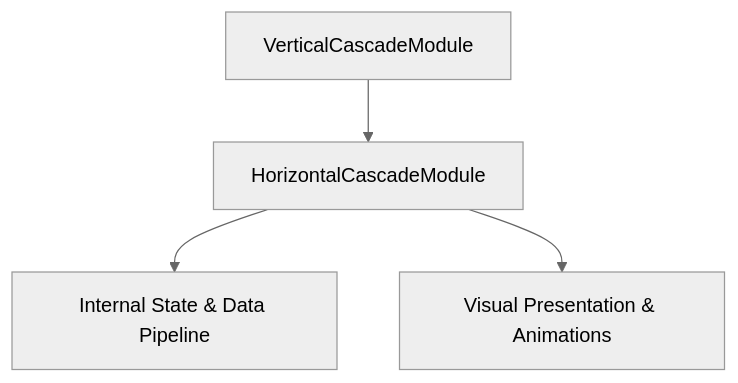
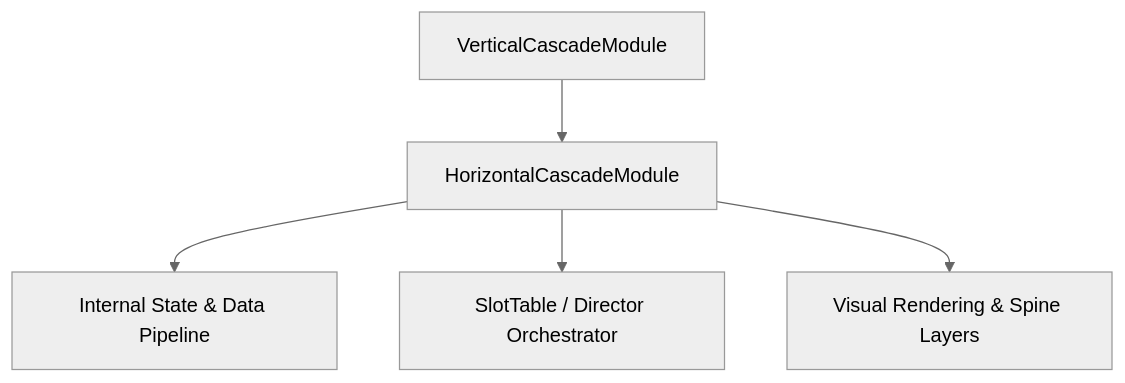
The diagram in docs/cc_slot_mechanics/modules/HorizontalCascadeModule/01_overview/01_architecture_and_role.md (lam-ark/mcp-fwcc), drawn with Mermaid (neutral theme) before and after one commit. The commit also changed other lines of this file and 2509 other files, not shown here.

````diff
--- a/docs/cc_slot_mechanics/modules/HorizontalCascadeModule/01_overview/01_architecture_and_role.md
+++ b/docs/cc_slot_mechanics/modules/HorizontalCascadeModule/01_overview/01_architecture_and_role.md
@@ -18,6 +24,7 @@
 ```mermaid
 graph TD
-    Parent[VerticalCascadeModule] --> Mod[HorizontalCascadeModule]
-    Mod --> State[Internal State & Data Pipeline]
-    Mod --> Render[Visual Presentation & Animations]
+    SuperClass[VerticalCascadeModule] --> TargetClass[HorizontalCascadeModule]
+    TargetClass --> DataPipeline[Internal State & Data Pipeline]
+    TargetClass --> Orchestrator[SlotTable / Director Orchestrator]
+    TargetClass --> ViewLayer[Visual Rendering & Spine Layers]
 ```
````
